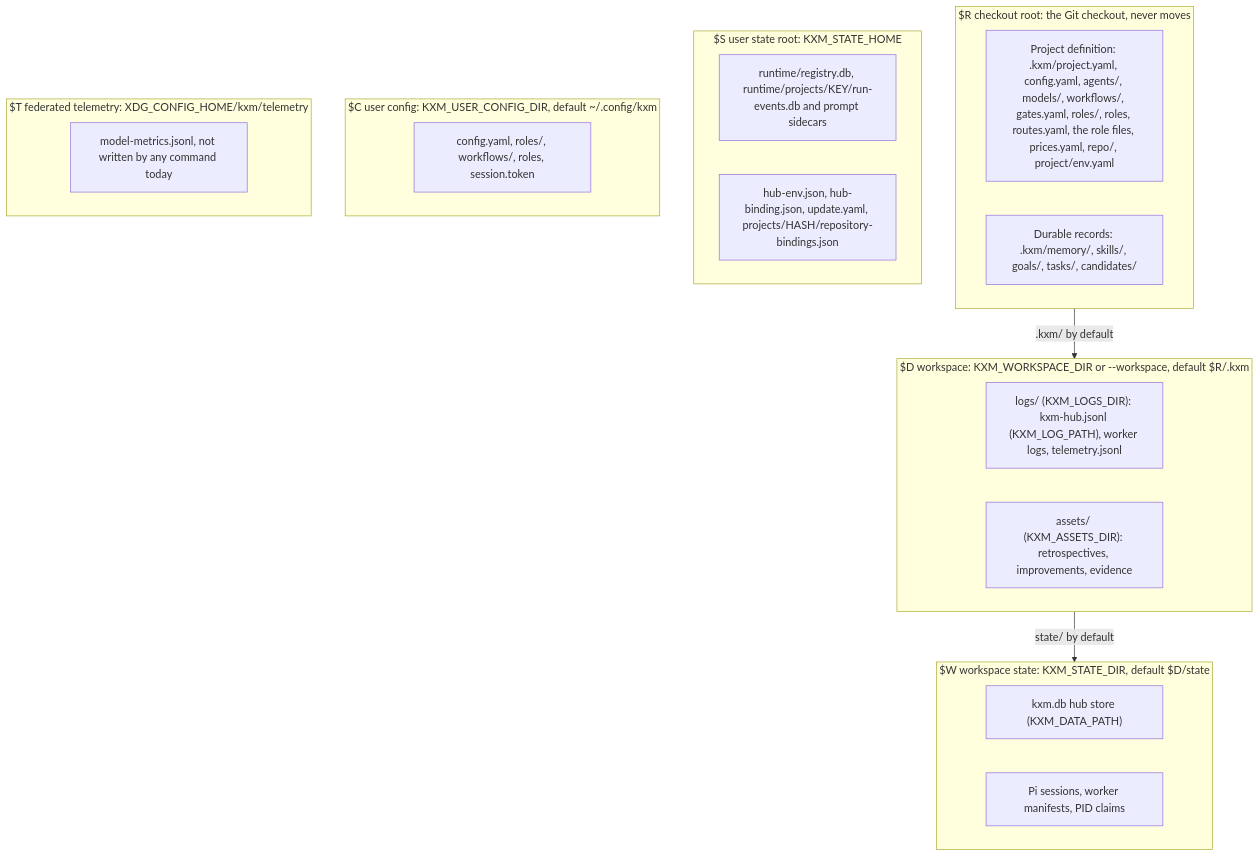
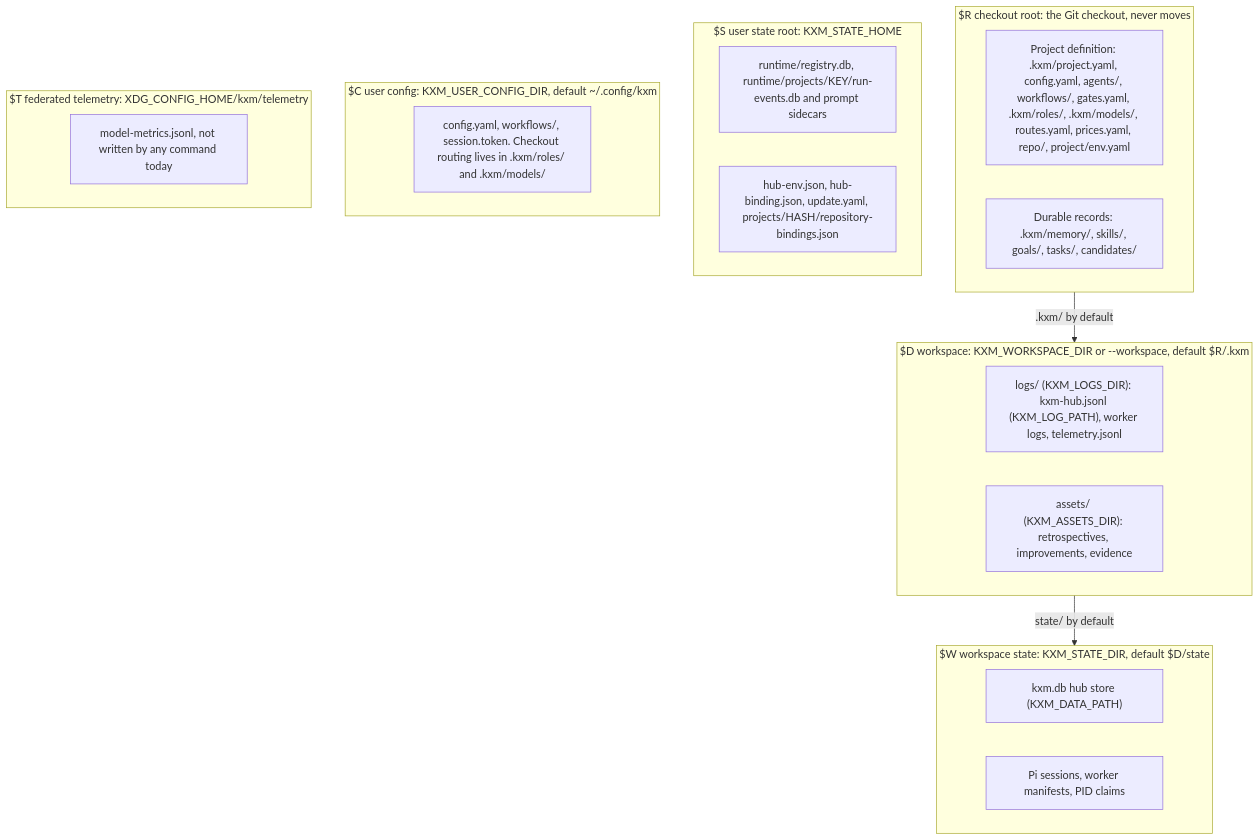
Before and after one commit to kontextmind/kxm: the diagram in docs/operations/backup-and-restore.md, drawn with Mermaid. The commit also changed other lines of this file and 9 other files, not shown here.

````diff
--- a/docs/operations/backup-and-restore.md
+++ b/docs/operations/backup-and-restore.md
@@ -15,27 +15,27 @@
 ```mermaid
 flowchart TB
   subgraph R["$R checkout root: the Git checkout, never moves"]
-    R1["Project definition: .kxm/project.yaml, config.yaml, agents/, models/, workflows/, gates.yaml, roles/, roles, routes.yaml, the role files, prices.yaml, repo/, project/env.yaml"]
+    R1["Project definition: .kxm/project.yaml, config.yaml, agents/, workflows/, gates.yaml, .kxm/roles/, .kxm/models/, routes.yaml, prices.yaml, repo/, project/env.yaml"]
     R2["Durable records: .kxm/memory/, skills/, goals/, tasks/, candidates/"]
   end
   subgraph D["$D workspace: KXM_WORKSPACE_DIR or --workspace, default $R/.kxm"]
     D1["logs/ (KXM_LOGS_DIR): kxm-hub.jsonl (KXM_LOG_PATH), worker logs, telemetry.jsonl"]
     D2["assets/ (KXM_ASSETS_DIR): retrospectives, improvements, evidence"]
   end
   subgraph W["$W workspace state: KXM_STATE_DIR, default $D/state"]
     W1["kxm.db hub store (KXM_DATA_PATH)"]
     W2["Pi sessions, worker manifests, PID claims"]
   end
   subgraph S["$S user state root: KXM_STATE_HOME"]
     S1["runtime/registry.db, runtime/projects/KEY/run-events.db and prompt sidecars"]
     S2["hub-env.json, hub-binding.json, update.yaml, projects/HASH/repository-bindings.json"]
   end
   subgraph C["$C user config: KXM_USER_CONFIG_DIR, default ~/.config/kxm"]
-    C1["config.yaml, roles/, workflows/, roles, session.token"]
+    C1["config.yaml, workflows/, session.token. Checkout routing lives in .kxm/roles/ and .kxm/models/"]
   end
   subgraph T["$T federated telemetry: XDG_CONFIG_HOME/kxm/telemetry"]
     T1["model-metrics.jsonl, not written by any command today"]
   end
   R -->|".kxm/ by default"| D
   D -->|"state/ by default"| W
 ```
````
